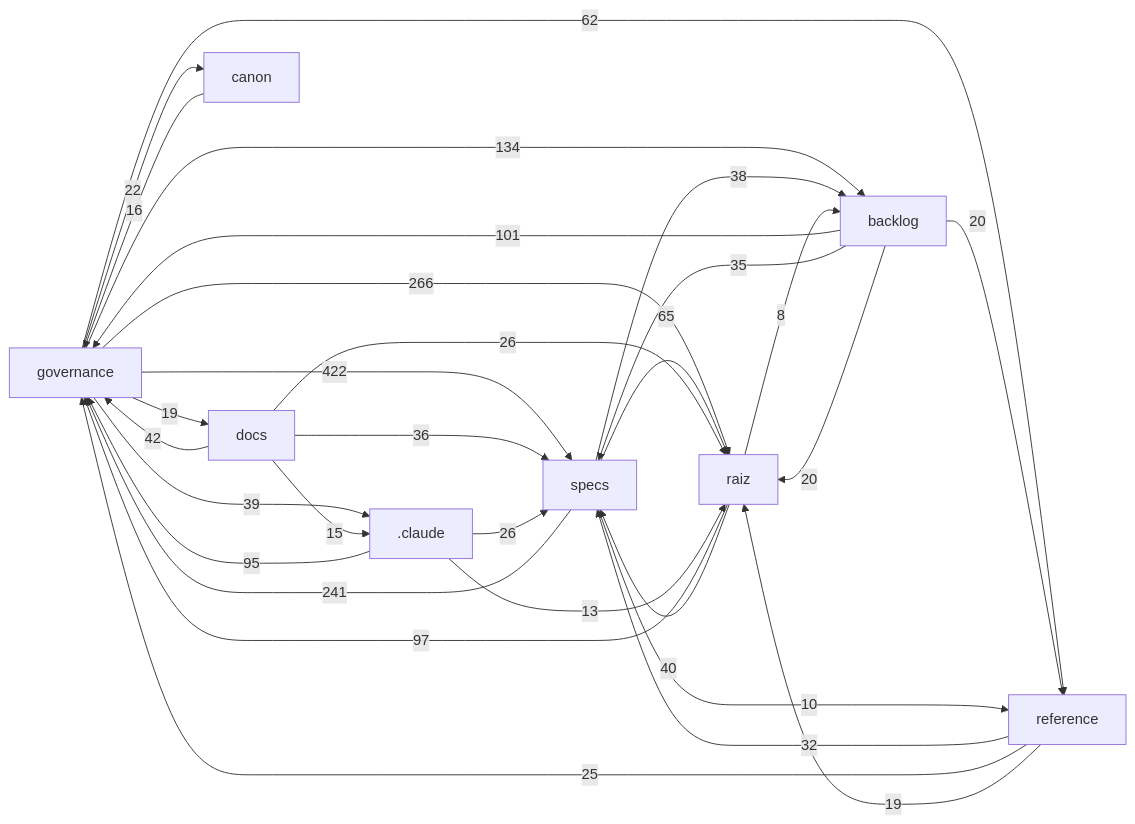
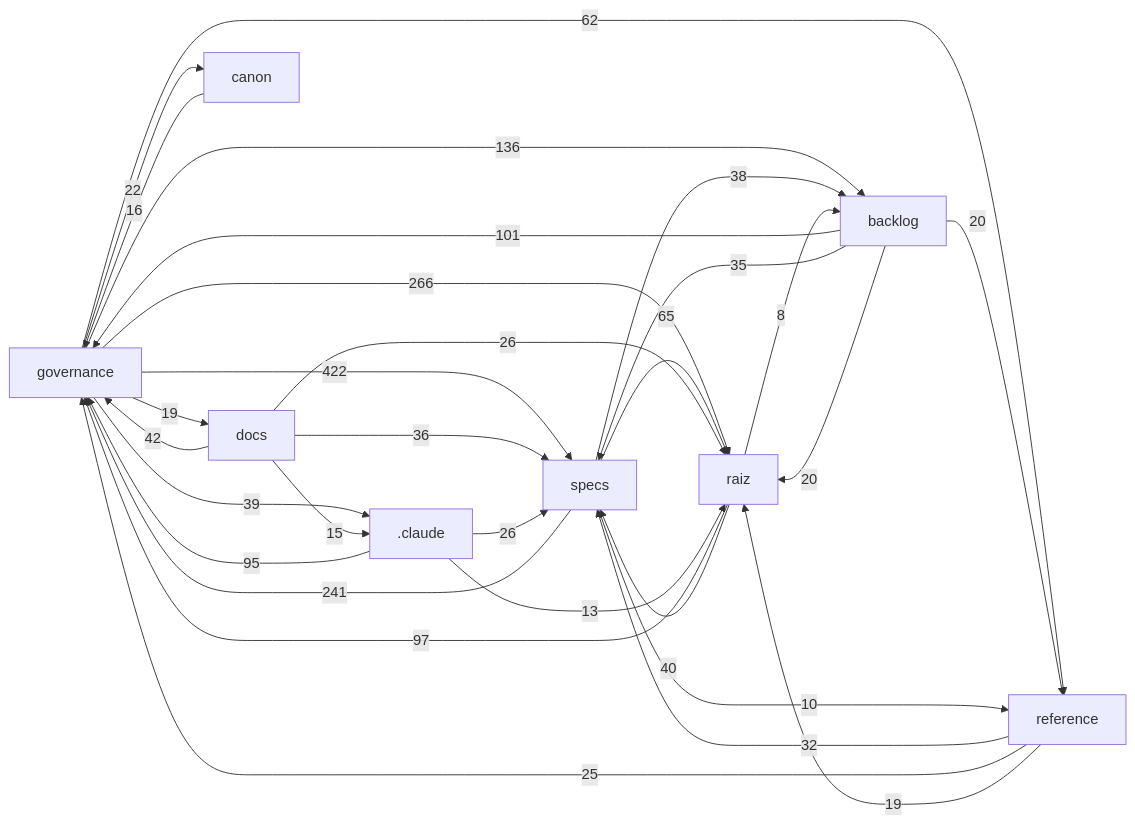
Before and after one commit to Andraus35/Sistema-Operacional-de-Trading--SOT: the diagram in docs/mapa/MAPA-PROJETO.md, drawn with Mermaid. The commit also changed other lines of this file and 4 other files, not shown here.

````diff
--- a/docs/mapa/MAPA-PROJETO.md
+++ b/docs/mapa/MAPA-PROJETO.md
@@ -29,32 +29,32 @@
 ```mermaid
 flowchart LR
   governance["governance"] -->|422| specs["specs"]
   governance["governance"] -->|266| raiz["raiz"]
   specs["specs"] -->|241| governance["governance"]
-  governance["governance"] -->|134| backlog["backlog"]
+  governance["governance"] -->|136| backlog["backlog"]
   backlog["backlog"] -->|101| governance["governance"]
   raiz["raiz"] -->|97| governance["governance"]
   _claude[".claude"] -->|95| governance["governance"]
   specs["specs"] -->|65| raiz["raiz"]
   governance["governance"] -->|62| reference["reference"]
   docs["docs"] -->|42| governance["governance"]
   raiz["raiz"] -->|40| specs["specs"]
   governance["governance"] -->|39| _claude[".claude"]
   specs["specs"] -->|38| backlog["backlog"]
   docs["docs"] -->|36| specs["specs"]
   backlog["backlog"] -->|35| specs["specs"]
   reference["reference"] -->|32| specs["specs"]
   _claude[".claude"] -->|26| specs["specs"]
   docs["docs"] -->|26| raiz["raiz"]
   reference["reference"] -->|25| governance["governance"]
   governance["governance"] -->|22| canon["canon"]
   backlog["backlog"] -->|20| raiz["raiz"]
   backlog["backlog"] -->|20| reference["reference"]
   governance["governance"] -->|19| docs["docs"]
   reference["reference"] -->|19| raiz["raiz"]
   canon["canon"] -->|16| governance["governance"]
   docs["docs"] -->|15| _claude[".claude"]
   _claude[".claude"] -->|13| raiz["raiz"]
   specs["specs"] -->|10| reference["reference"]
   raiz["raiz"] -->|8| backlog["backlog"]
 ```
````
